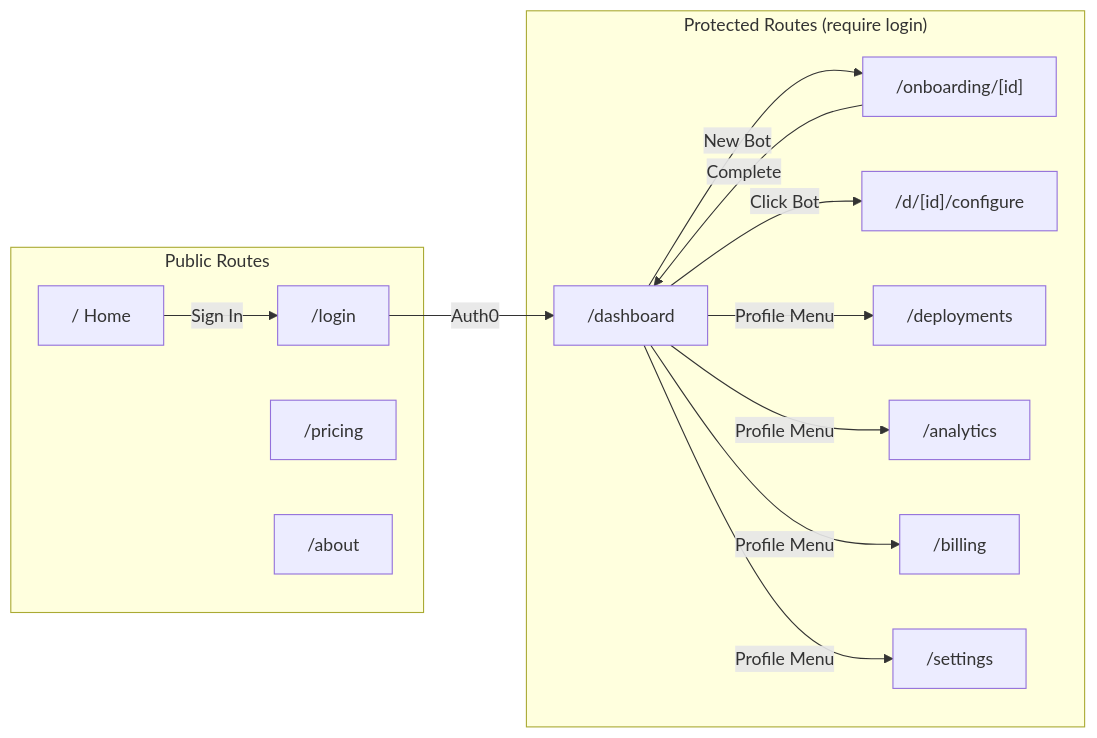
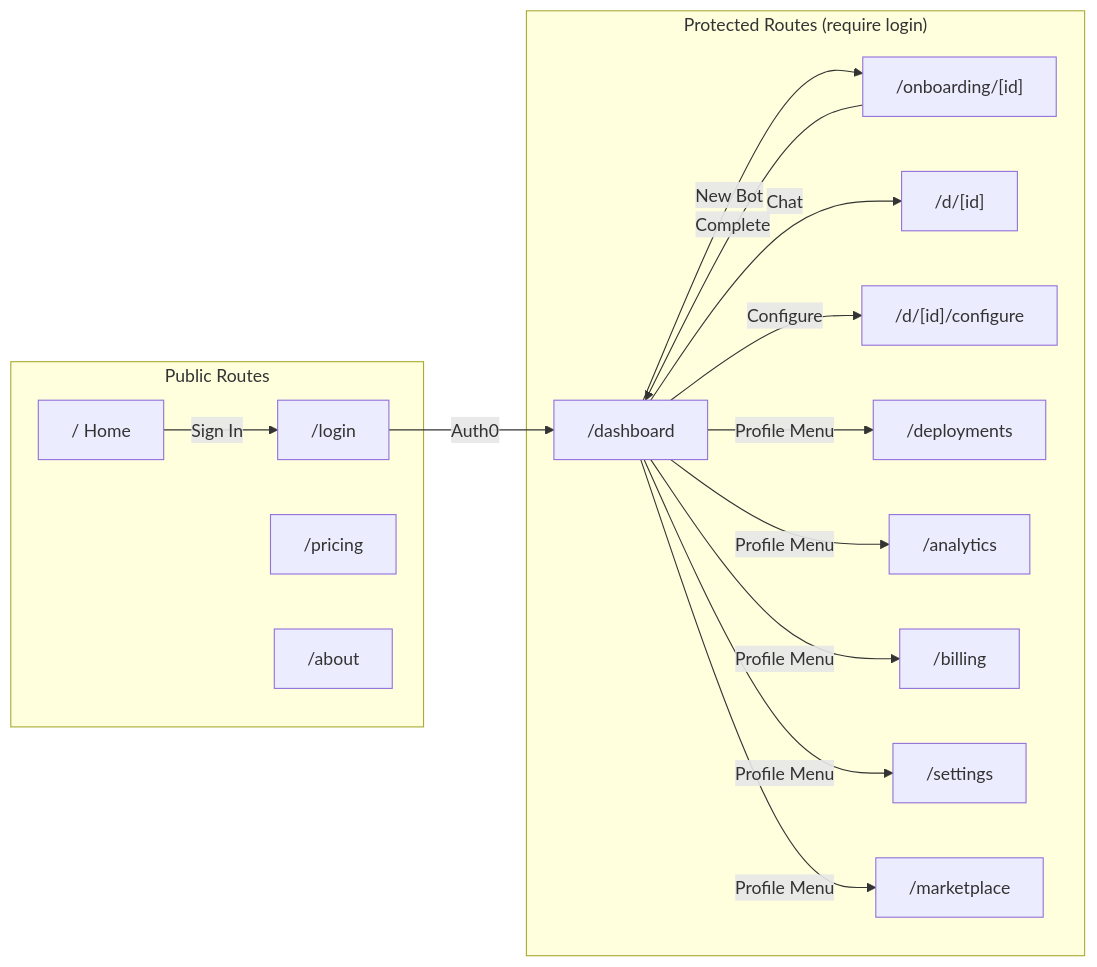
The second of 32 diagrams in DEVELOPER-GUIDE.md (Bretthb/jarble), drawn with Mermaid before and after one commit. The commit also changed other lines of this file and 7 other files, not shown here.

````diff
--- a/DEVELOPER-GUIDE.md
+++ b/DEVELOPER-GUIDE.md
@@ -112,29 +117,33 @@
 ```mermaid
 graph LR
     subgraph Public["Public Routes"]
         HOME["/ Home"]
         LOGIN["/login"]
         PRICING["/pricing"]
         ABOUT["/about"]
     end
 
     subgraph Protected["Protected Routes (require login)"]
         DASH["/dashboard"]
         WIZARD["/onboarding/[id]"]
+        CHAT["/d/[id]"]
         CONFIG["/d/[id]/configure"]
         LINKED["/deployments"]
         ANALYTICS["/analytics"]
         BILLING["/billing"]
         SETTINGS["/settings"]
+        MARKET["/marketplace"]
     end
 
     HOME -->|Sign In| LOGIN
     LOGIN -->|Auth0| DASH
     DASH -->|New Bot| WIZARD
-    DASH -->|Click Bot| CONFIG
+    DASH -->|Chat| CHAT
+    DASH -->|Configure| CONFIG
     DASH -->|Profile Menu| ANALYTICS
     DASH -->|Profile Menu| BILLING
     DASH -->|Profile Menu| SETTINGS
     DASH -->|Profile Menu| LINKED
+    DASH -->|Profile Menu| MARKET
     WIZARD -->|Complete| DASH
 ```
````
